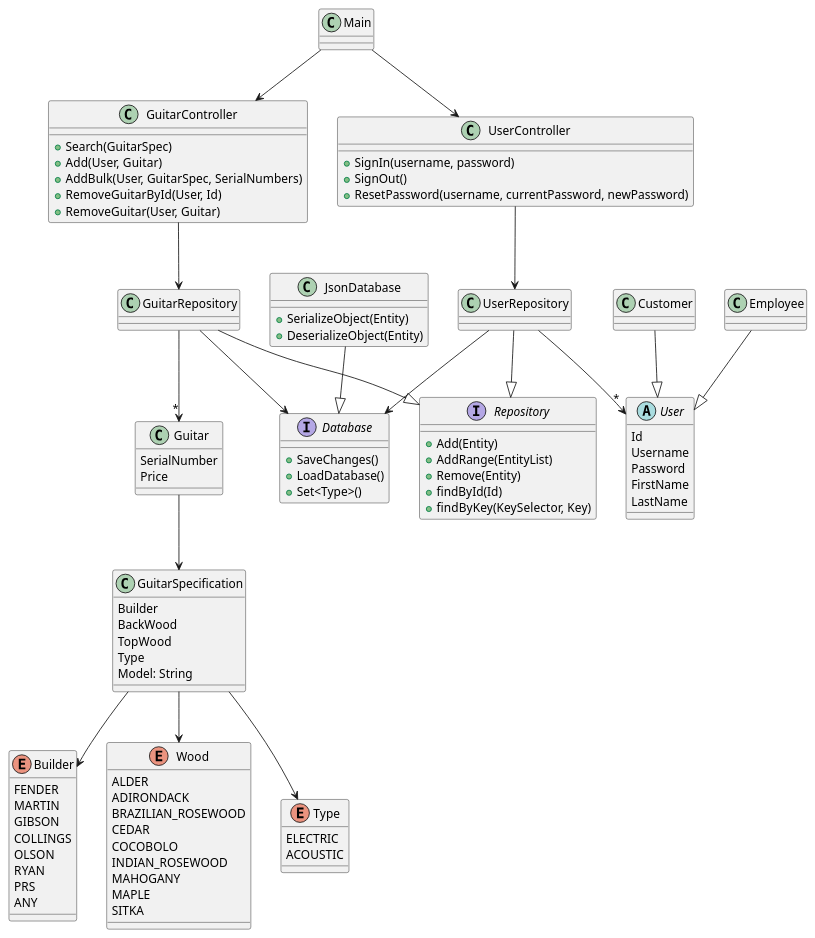
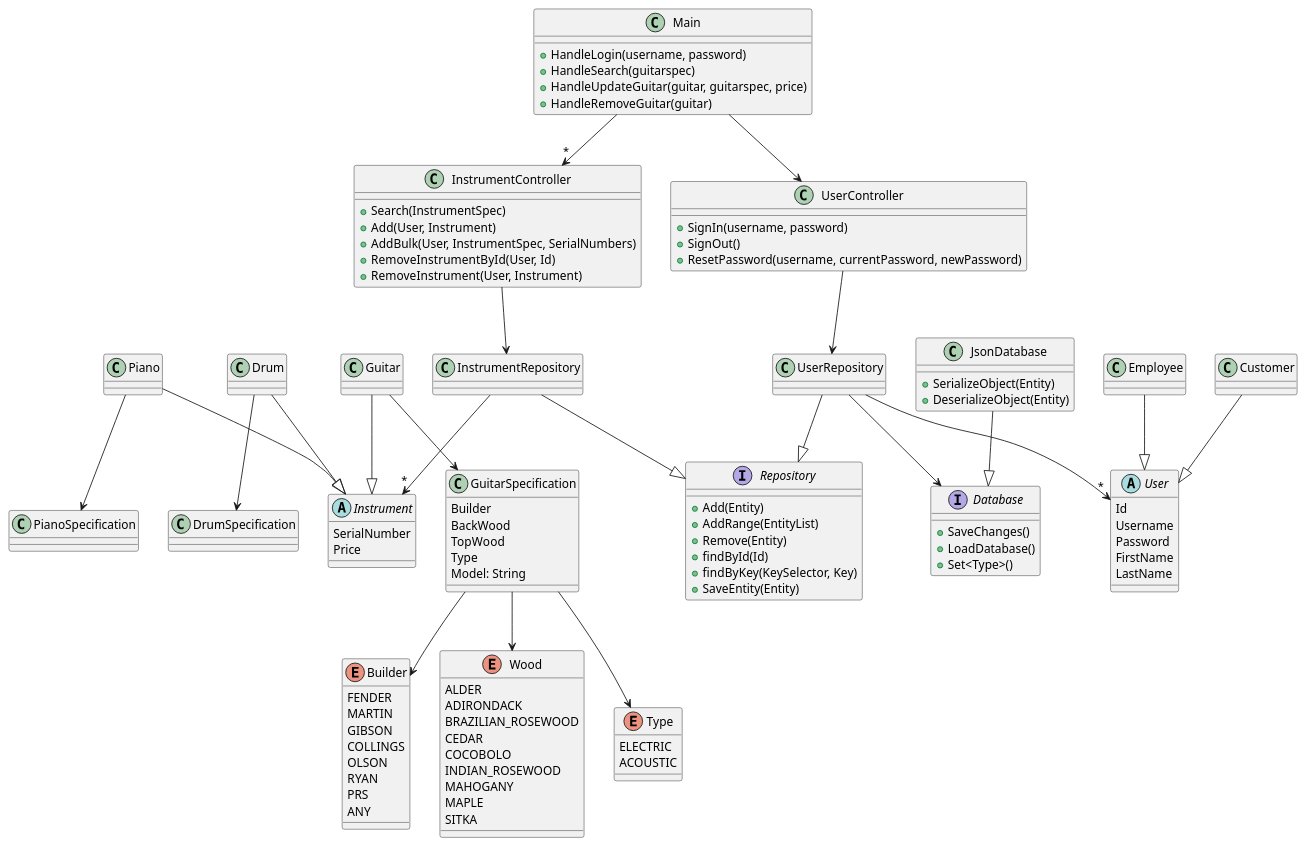
One commit to RealJasomo/374-Guitar-Activity changed the diagram in class-diagram.puml. Above: the diagram before and after it, drawn with PlantUML.

Commit message:
Added instrument abstraction

```diff
--- a/class-diagram.puml
+++ b/class-diagram.puml
@@ -1,123 +1,152 @@
 @startuml "Guitar Shop"
 
 class Main{
-    
+    +HandleLogin(username, password)
+    +HandleSearch(guitarspec)
+    +HandleUpdateGuitar(guitar, guitarspec, price)
+    +HandleRemoveGuitar(guitar)
 }
 
-class Guitar{
+abstract class Instrument{
     SerialNumber
     Price
 }
 
 class GuitarSpecification{
     Builder
     BackWood
     TopWood
     Type
     Model: String
 }
 
+class PianoSpecification{
+    
+}
+class DrumSpecification{
+
+}
+
 interface Repository{
     +Add(Entity)
     +AddRange(EntityList)
     +Remove(Entity)
     +findById(Id)
     +findByKey(KeySelector, Key)
+    +SaveEntity(Entity)
 }
-class GuitarRepository{
+
+class Piano{
 
 }
 
-class GuitarController{
-    +Search(GuitarSpec)
-    +Add(User, Guitar)
-    +AddBulk(User, GuitarSpec, SerialNumbers)
-    +RemoveGuitarById(User, Id)
-    +RemoveGuitar(User, Guitar)
+class Drum{
+
+}
+
+class Guitar{
+
+}
+
+class InstrumentController{
+    +Search(InstrumentSpec)
+    +Add(User, Instrument)
+    +AddBulk(User, InstrumentSpec, SerialNumbers)
+    +RemoveInstrumentById(User, Id)
+    +RemoveInstrument(User, Instrument)
+}
+
+class InstrumentRepository{
+    
 }
 
 enum Builder{
     FENDER
     MARTIN
     GIBSON
     COLLINGS
     OLSON
     RYAN
     PRS
     ANY
 }
 
 enum Wood{
     ALDER
     ADIRONDACK
     BRAZILIAN_ROSEWOOD
     CEDAR
     COCOBOLO
     INDIAN_ROSEWOOD
     MAHOGANY
     MAPLE
     SITKA
 }
 
 enum Type{
     ELECTRIC
     ACOUSTIC
 }
 
 interface Database{
     +SaveChanges()
     +LoadDatabase()
     +Set<Type>()
 }
 
 class JsonDatabase {
     +SerializeObject(Entity)
     +DeserializeObject(Entity)
 }
 
 abstract class User{
     Id
     Username
     Password
     FirstName
     LastName
 }
 
 class UserRepository{
 
 }
 
 class UserController{
     +SignIn(username, password)
     +SignOut()
     +ResetPassword(username, currentPassword, newPassword)
 }
 
 class Employee{
 
 }
 class Customer{
 
 }
 
 Guitar --> GuitarSpecification
-GuitarRepository --|> Repository
-GuitarRepository --> Database
-
-GuitarController --> GuitarRepository
-GuitarRepository --> "*" Guitar
 GuitarSpecification --> Builder
 GuitarSpecification --> Wood
 GuitarSpecification --> Type
 JsonDatabase --|> Database
 
 Customer --|> User
 Employee --|> User
 UserRepository --|> Repository
 UserRepository --> Database
 UserController --> UserRepository
 UserRepository --> "*" User
 Main --> UserController
-Main --> GuitarController
+Main --> "*" InstrumentController
+
+InstrumentRepository --|> Repository
+InstrumentController --> InstrumentRepository
+InstrumentRepository --> "*" Instrument
+Piano --|> Instrument
+Guitar --|> Instrument
+Drum --|> Instrument
+
+Piano --> PianoSpecification
+Drum --> DrumSpecification
 
 @enduml
```
